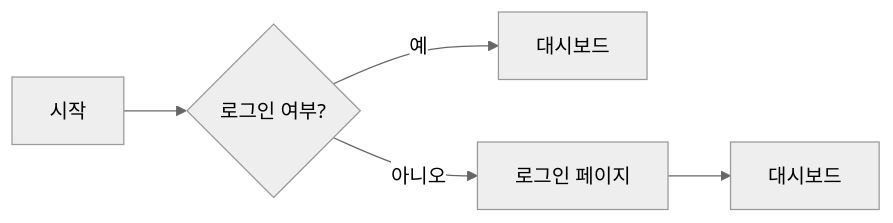
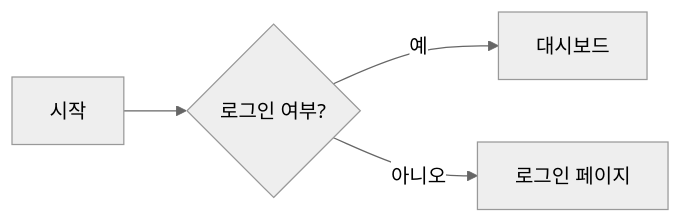
Before and after one commit to kikyung/kikyung.github.io: the diagram in _posts/2025-09-23-mermaid-chart-1-소개-flowchart.md, drawn with Mermaid (neutral theme). The commit also changed 1 other file, not shown here.

Commit message:
feat(theme): 기본 light 유지 + 토글 유지 위해 첫 방문에 sessionStorage.mode=light 설정

````diff
--- a/_posts/2025-09-23-mermaid-chart-1-소개-flowchart.md
+++ b/_posts/2025-09-23-mermaid-chart-1-소개-flowchart.md
@@ -55,6 +55,6 @@
 ```mermaid
 flowchart LR
   A[시작] --> B{로그인 여부?}
   B -- 예 --> C[대시보드]
-  B -- 아니오 --> D[로그인 페이지] --> F[대시보드]
+  B -- 아니오 --> D[로그인 페이지]
 ```
````
